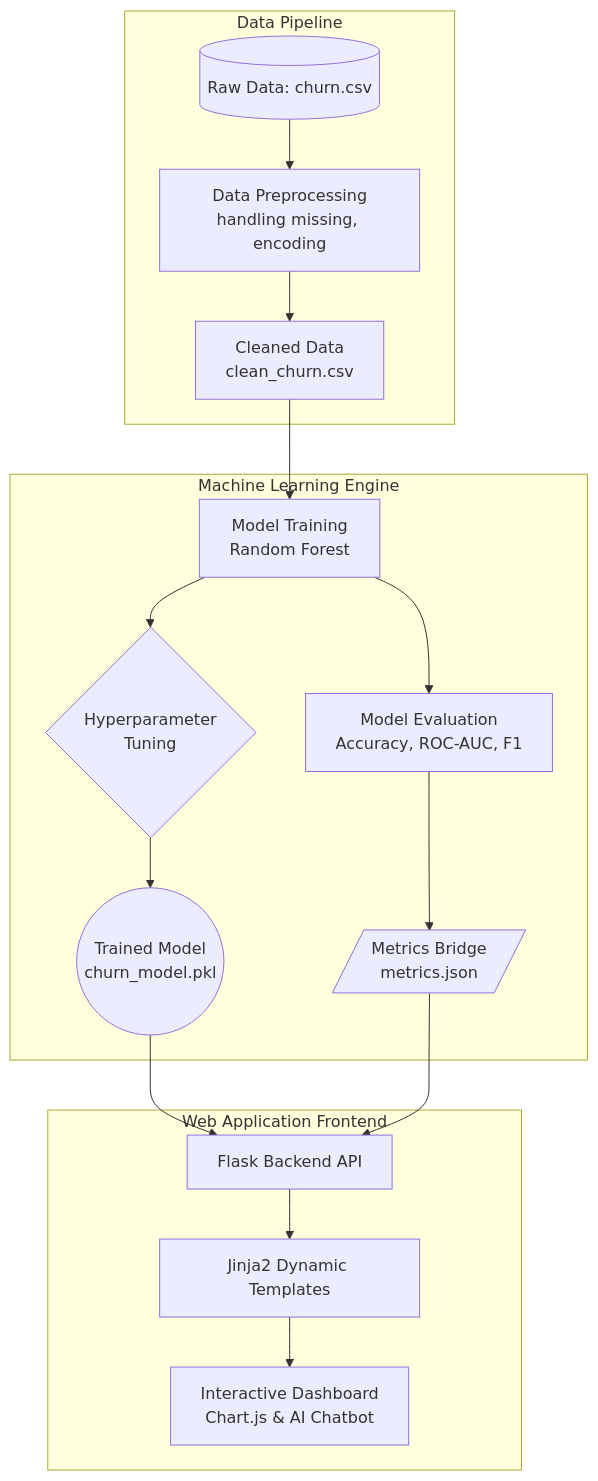
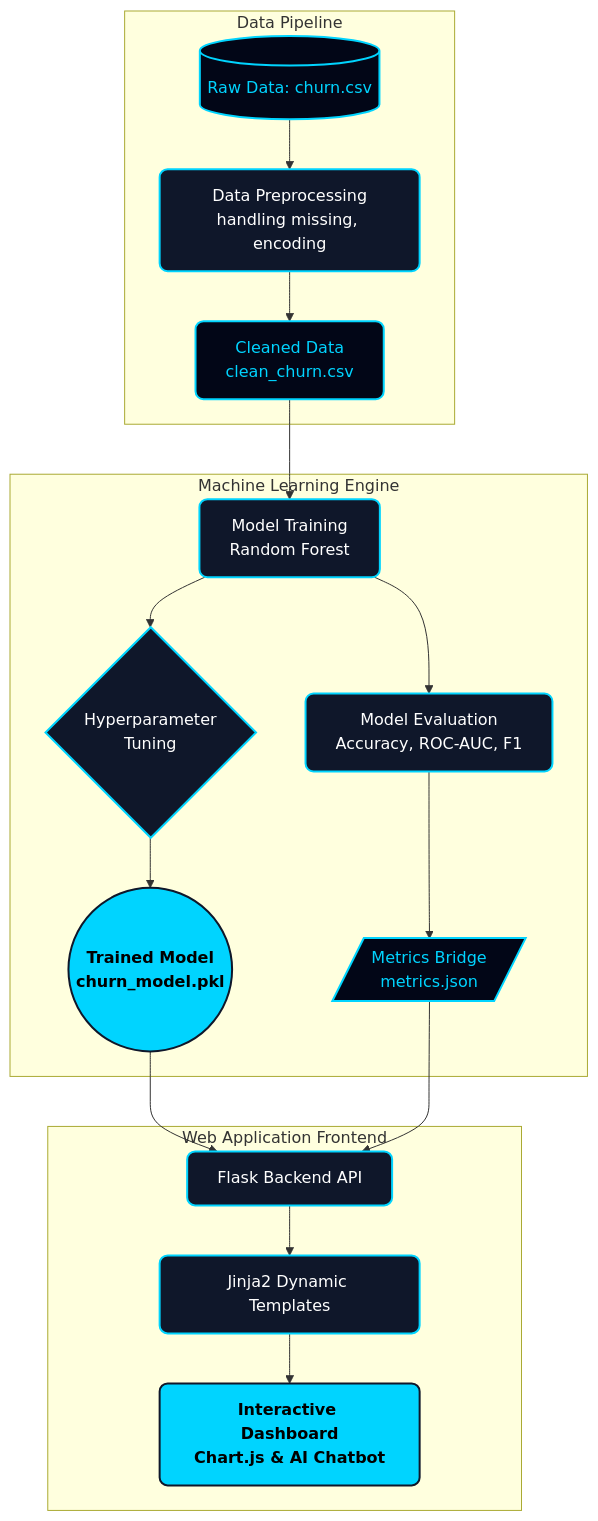
One commit to hetvi-prajapati/customer-churn-prediction changed the diagram in README.md. Above: the diagram before and after it, drawn with Mermaid. The commit also changed other lines of this file, not shown here.

Commit message:
Docs: color-match README and Mermaid to site dark-navy neon-cyan theme

````diff
--- a/README.md
+++ b/README.md
@@ -88,22 +43,27 @@
 ```mermaid
 graph TD
+    %% Custom Neon-Cyan & Navy Dark Mode Styling %%
+    classDef default fill:#0f172a,stroke:#00D4FF,stroke-width:2px,color:#ffffff,rx:8px,ry:8px;
+    classDef accent fill:#00D4FF,stroke:#0f172a,stroke-width:2px,color:#000000,rx:8px,ry:8px,font-weight:bold;
+    classDef database fill:#020617,stroke:#00D4FF,stroke-width:2px,color:#00D4FF;
+
     subgraph Data Pipeline
-        A[(Raw Data: churn.csv)] --> B[Data Preprocessing<br/>handling missing, encoding]
-        B --> C[Cleaned Data<br/>clean_churn.csv]
+        A[(Raw Data: churn.csv)]:::database --> B[Data Preprocessing<br/>handling missing, encoding]
+        B --> C[Cleaned Data<br/>clean_churn.csv]:::database
     end
 
     subgraph Machine Learning Engine
         C --> D[Model Training<br/>Random Forest]
         D --> E{Hyperparameter<br/>Tuning}
-        E --> F((Trained Model<br/>churn_model.pkl))
+        E --> F((Trained Model<br/>churn_model.pkl)):::accent
         D --> G[Model Evaluation<br/>Accuracy, ROC-AUC, F1]
-        G --> H[/Metrics Bridge<br/>metrics.json/]
+        G --> H[/Metrics Bridge<br/>metrics.json/]:::database
     end
 
     subgraph Web Application Frontend
         F --> I[Flask Backend API]
         H --> I
         I --> J[Jinja2 Dynamic Templates]
-        J --> K[Interactive Dashboard<br/>Chart.js & AI Chatbot]
+        J --> K[Interactive Dashboard<br/>Chart.js & AI Chatbot]:::accent
     end
 ```
````
